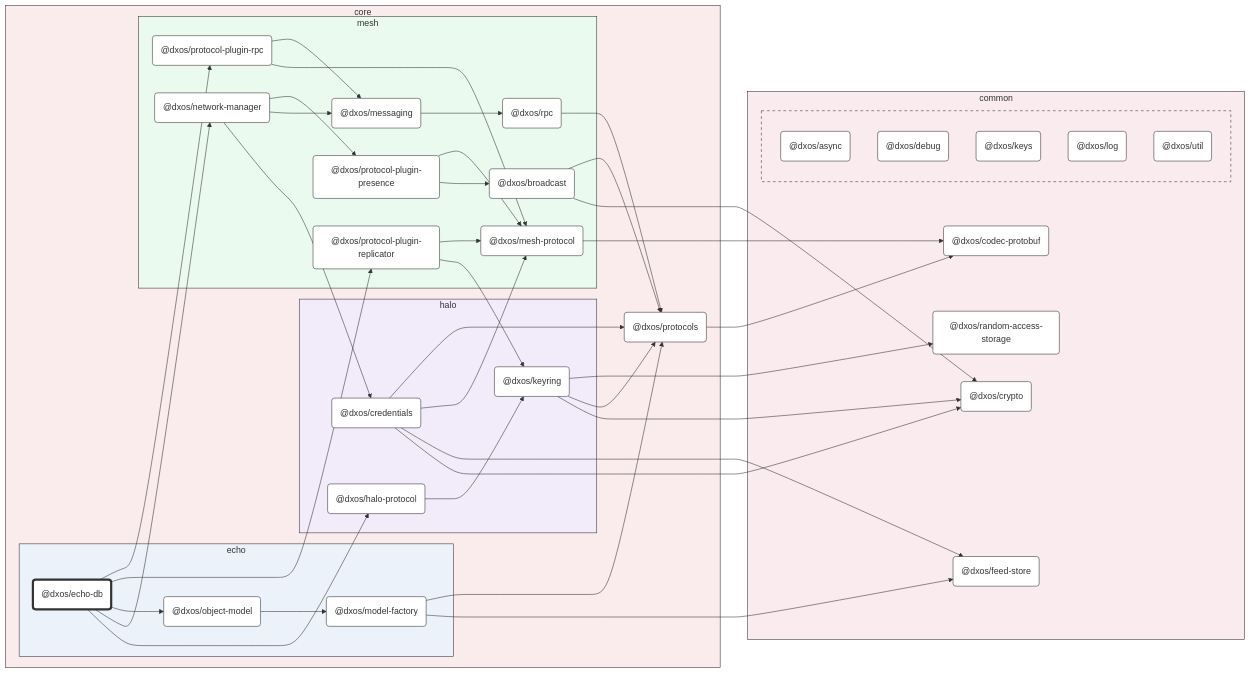
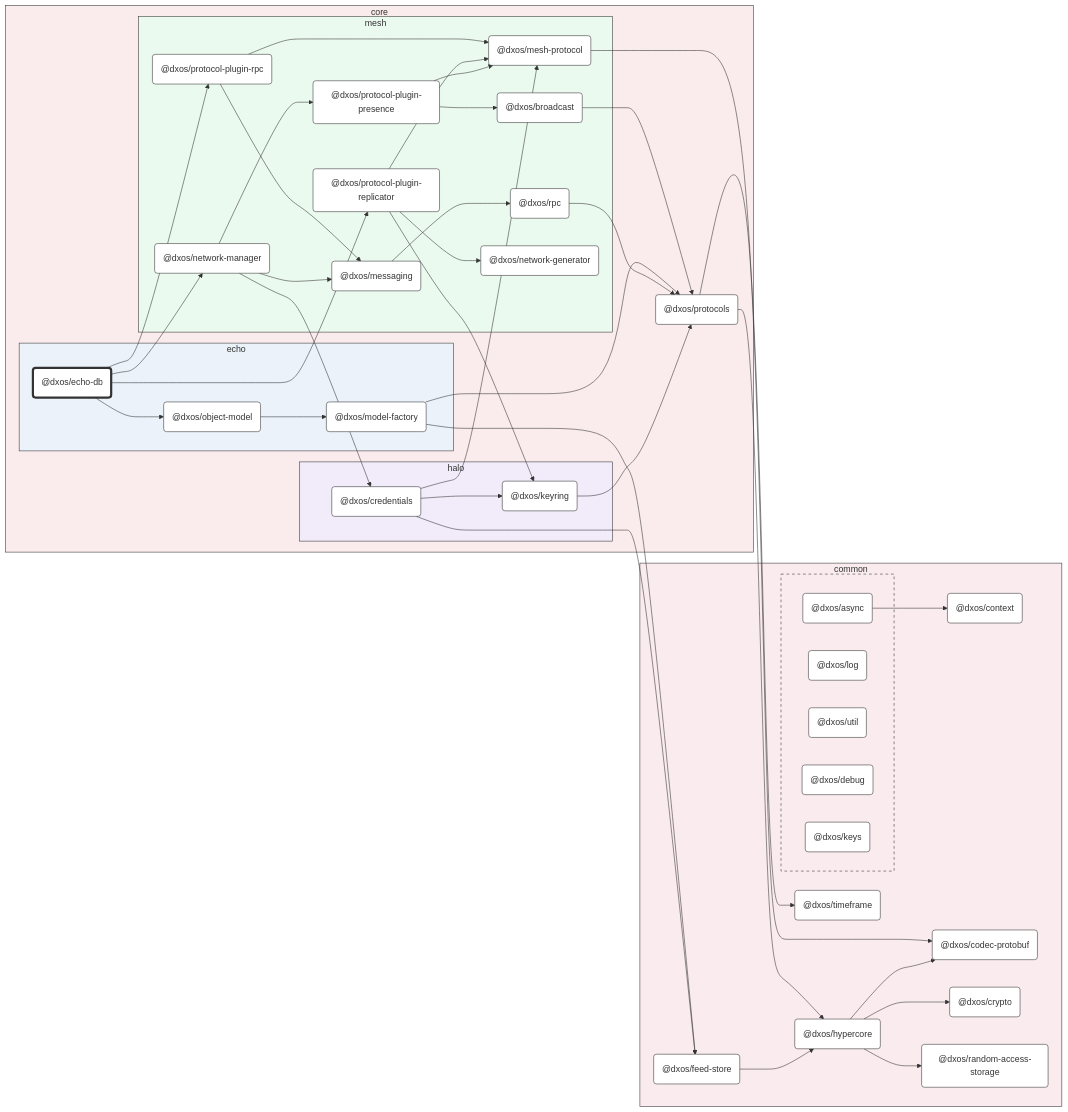
One commit to dxos/dxos changed the diagram in packages/core/echo/echo-db/docs/README.md. Above: the diagram before and after it, drawn with Mermaid. The commit also changed other lines of this file and 95 other files, not shown here.

Commit message:
Class diagrams.

```diff
--- a/packages/core/echo/echo-db/docs/README.md
+++ b/packages/core/echo/echo-db/docs/README.md
@@ -34,8 +34,6 @@
     style halo fill:#f1ebfa,stroke:#333
     dxos/credentials("@dxos/credentials"):::def
     click dxos/credentials "dxos/dxos/tree/main/packages/core/halo/credentials/docs"
-    dxos/halo-protocol("@dxos/halo-protocol"):::def
-    click dxos/halo-protocol "dxos/dxos/tree/main/packages/core/halo/halo-protocol/docs"
     dxos/keyring("@dxos/keyring"):::def
     click dxos/keyring "dxos/dxos/tree/main/packages/core/halo/keyring/docs"
   end
@@ -56,6 +54,8 @@
     click dxos/broadcast "dxos/dxos/tree/main/packages/core/mesh/broadcast/docs"
     dxos/protocol-plugin-replicator("@dxos/protocol-plugin-replicator"):::def
     click dxos/protocol-plugin-replicator "dxos/dxos/tree/main/packages/core/mesh/protocol-plugin-replicator/docs"
+    dxos/network-generator("@dxos/network-generator"):::def
+    click dxos/network-generator "dxos/dxos/tree/main/packages/core/mesh/network-generator/docs"
     dxos/protocol-plugin-rpc("@dxos/protocol-plugin-rpc"):::def
     click dxos/protocol-plugin-rpc "dxos/dxos/tree/main/packages/core/mesh/protocol-plugin-rpc/docs"
   end
@@ -63,43 +63,50 @@
 
 subgraph common [common]
   style common fill:#faebee,stroke:#333
+  dxos/context("@dxos/context"):::def
+  click dxos/context "dxos/dxos/tree/main/packages/common/context/docs"
   dxos/codec-protobuf("@dxos/codec-protobuf"):::def
   click dxos/codec-protobuf "dxos/dxos/tree/main/packages/common/codec-protobuf/docs"
   dxos/crypto("@dxos/crypto"):::def
   click dxos/crypto "dxos/dxos/tree/main/packages/common/crypto/docs"
   dxos/feed-store("@dxos/feed-store"):::def
   click dxos/feed-store "dxos/dxos/tree/main/packages/common/feed-store/docs"
+  dxos/hypercore("@dxos/hypercore"):::def
+  click dxos/hypercore "dxos/dxos/tree/main/packages/common/hypercore/docs"
   dxos/random-access-storage("@dxos/random-access-storage"):::def
   click dxos/random-access-storage "dxos/dxos/tree/main/packages/common/random-access-storage/docs"
+  dxos/timeframe("@dxos/timeframe"):::def
+  click dxos/timeframe "dxos/dxos/tree/main/packages/common/timeframe/docs"
 
   subgraph _ [ ]
     style _ fill:#faebee,stroke:#333,stroke-dasharray:5 5
     dxos/async("@dxos/async"):::def
     click dxos/async "dxos/dxos/tree/main/packages/common/async/docs"
+    dxos/log("@dxos/log"):::def
+    click dxos/log "dxos/dxos/tree/main/packages/common/log/docs"
+    dxos/util("@dxos/util"):::def
+    click dxos/util "dxos/dxos/tree/main/packages/common/util/docs"
     dxos/debug("@dxos/debug"):::def
     click dxos/debug "dxos/dxos/tree/main/packages/common/debug/docs"
     dxos/keys("@dxos/keys"):::def
     click dxos/keys "dxos/dxos/tree/main/packages/common/keys/docs"
-    dxos/log("@dxos/log"):::def
-    click dxos/log "dxos/dxos/tree/main/packages/common/log/docs"
-    dxos/util("@dxos/util"):::def
-    click dxos/util "dxos/dxos/tree/main/packages/common/util/docs"
   end
 end
 
 %% Links
 linkStyle default stroke:#333,stroke-width:1px
-dxos/credentials --> dxos/crypto
+dxos/async --> dxos/context
 dxos/credentials --> dxos/feed-store
+dxos/feed-store --> dxos/hypercore
+dxos/hypercore --> dxos/codec-protobuf
+dxos/hypercore --> dxos/crypto
+dxos/hypercore --> dxos/random-access-storage
+dxos/credentials --> dxos/keyring
+dxos/keyring --> dxos/protocols
+dxos/protocols --> dxos/hypercore
+dxos/protocols --> dxos/timeframe
 dxos/credentials --> dxos/mesh-protocol
 dxos/mesh-protocol --> dxos/codec-protobuf
-dxos/credentials --> dxos/protocols
-dxos/protocols --> dxos/codec-protobuf
-dxos/echo-db --> dxos/halo-protocol
-dxos/halo-protocol --> dxos/keyring
-dxos/keyring --> dxos/crypto
-dxos/keyring --> dxos/protocols
-dxos/keyring --> dxos/random-access-storage
 dxos/messaging --> dxos/rpc
 dxos/rpc --> dxos/protocols
 dxos/model-factory --> dxos/feed-store
@@ -109,7 +116,6 @@
 dxos/network-manager --> dxos/messaging
 dxos/network-manager --> dxos/protocol-plugin-presence
 dxos/protocol-plugin-presence --> dxos/broadcast
-dxos/broadcast --> dxos/crypto
 dxos/broadcast --> dxos/protocols
 dxos/protocol-plugin-presence --> dxos/mesh-protocol
 dxos/echo-db --> dxos/object-model
@@ -117,6 +123,7 @@
 dxos/echo-db --> dxos/protocol-plugin-replicator
 dxos/protocol-plugin-replicator --> dxos/keyring
 dxos/protocol-plugin-replicator --> dxos/mesh-protocol
+dxos/protocol-plugin-replicator --> dxos/network-generator
 dxos/echo-db --> dxos/protocol-plugin-rpc
 dxos/protocol-plugin-rpc --> dxos/mesh-protocol
 dxos/protocol-plugin-rpc --> dxos/messaging
```
